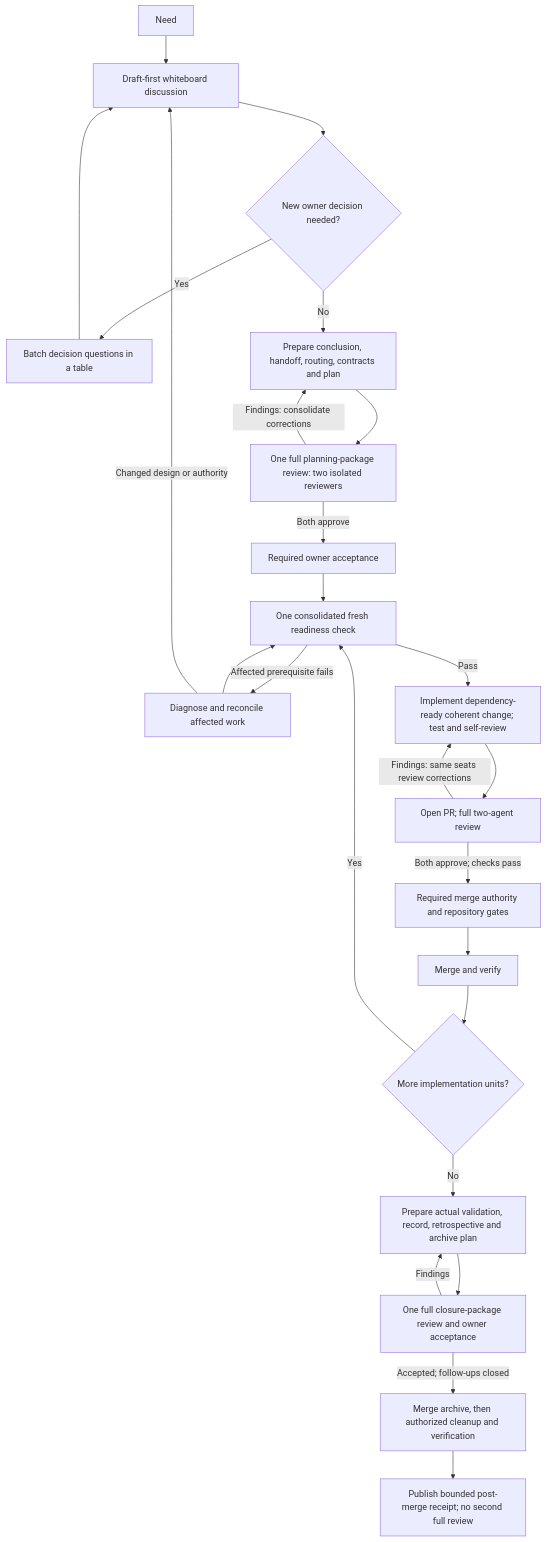
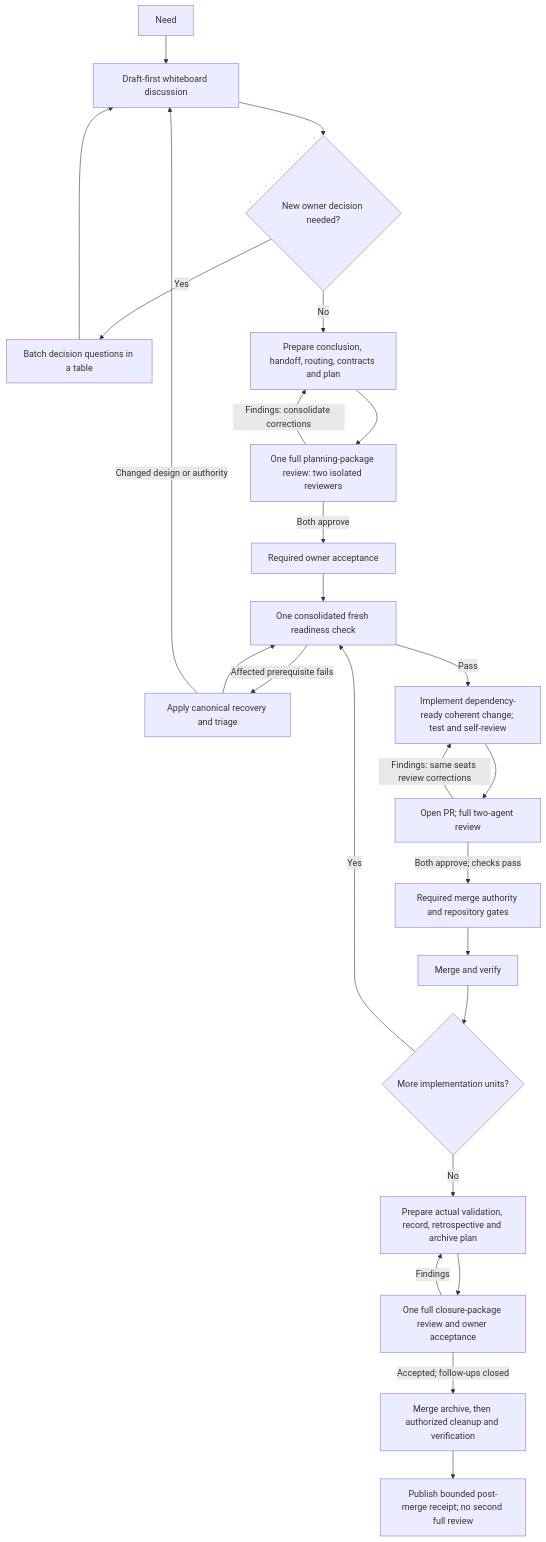
The first of 4 diagrams in README.md (hhhhhusky777/spec-driven-delivery-playbook), drawn with Mermaid before and after one commit. The commit also changed other lines of this file and 45 other files, not shown here.

````diff
--- a/README.md
+++ b/README.md
@@ -123,27 +130,27 @@
 ```mermaid
 flowchart TD
     N["Need"] --> W["Draft-first whiteboard discussion"]
     W --> Q{"New owner decision needed?"}
     Q -->|"Yes"| O["Batch decision questions in a table"]
     O --> W
     Q -->|"No"| P["Prepare conclusion, handoff, routing, contracts and plan"]
     P --> R["One full planning-package review: two isolated reviewers"]
     R -->|"Findings: consolidate corrections"| P
     R -->|"Both approve"| A["Required owner acceptance"]
     A --> C["One consolidated fresh readiness check"]
-    C -->|"Affected prerequisite fails"| F["Diagnose and reconcile affected work"]
+    C -->|"Affected prerequisite fails"| F["Apply canonical recovery and triage"]
     F --> C
     F -->|"Changed design or authority"| W
     C -->|"Pass"| I["Implement dependency-ready coherent change; test and self-review"]
     I --> PR["Open PR; full two-agent review"]
     PR -->|"Findings: same seats review corrections"| I
     PR -->|"Both approve; checks pass"| M["Required merge authority and repository gates"]
     M --> V["Merge and verify"]
     V --> T{"More implementation units?"}
     T -->|"Yes"| C
     T -->|"No"| CL["Prepare actual validation, record, retrospective and archive plan"]
     CL --> CR["One full closure-package review and owner acceptance"]
     CR -->|"Findings"| CL
     CR -->|"Accepted; follow-ups closed"| AR["Merge archive, then authorized cleanup and verification"]
     AR --> RC["Publish bounded post-merge receipt; no second full review"]
 ```
````
